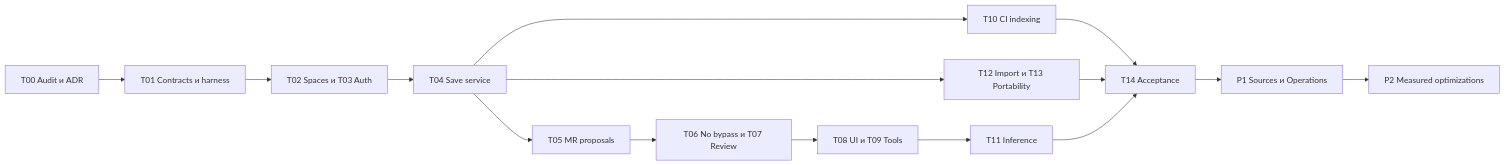
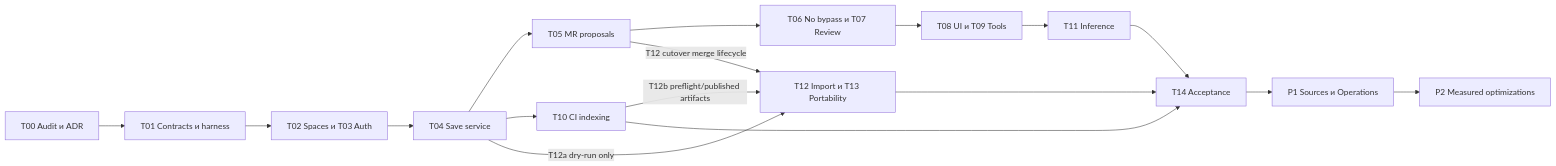
The seventh of 7 diagrams in specs/corporate-kb/spec.md (iSmyck/hoster_agentic_db), drawn with Mermaid before and after one commit. The commit also changed other lines of this file and 51 other files, not shown here.

````diff
--- a/specs/corporate-kb/spec.md
+++ b/specs/corporate-kb/spec.md
@@ -705,17 +709,19 @@
 ```mermaid
 flowchart LR
     A[T00 Audit и ADR] --> B[T01 Contracts и harness]
     B --> C[T02 Spaces и T03 Auth]
     C --> D[T04 Save service]
     D --> E[T05 MR proposals]
     E --> F[T06 No bypass и T07 Review]
     F --> G[T08 UI и T09 Tools]
     D --> H[T10 CI indexing]
-    D --> I[T12 Import и T13 Portability]
+    D -->|T12a dry-run only| I[T12 Import и T13 Portability]
+    E -->|T12 cutover merge lifecycle| I
+    H -->|T12b preflight/published artifacts| I
     G --> J[T11 Inference]
     H --> K[T14 Acceptance]
     I --> K
     J --> K
     K --> L[P1 Sources и Operations]
     L --> M[P2 Measured optimizations]
 ```
````
